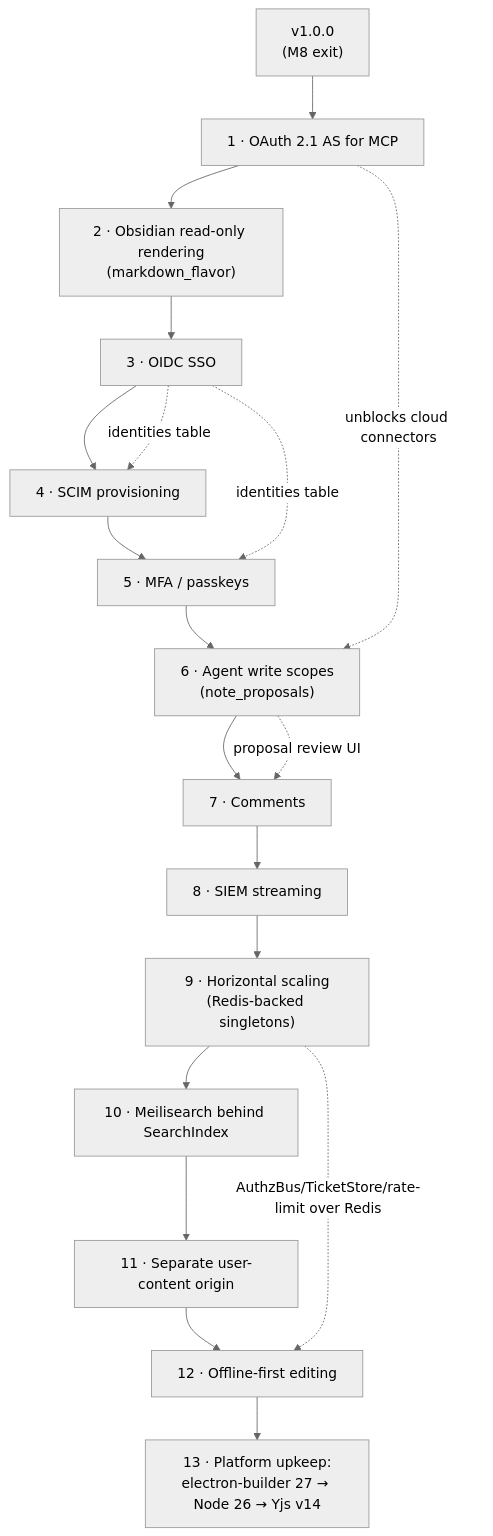
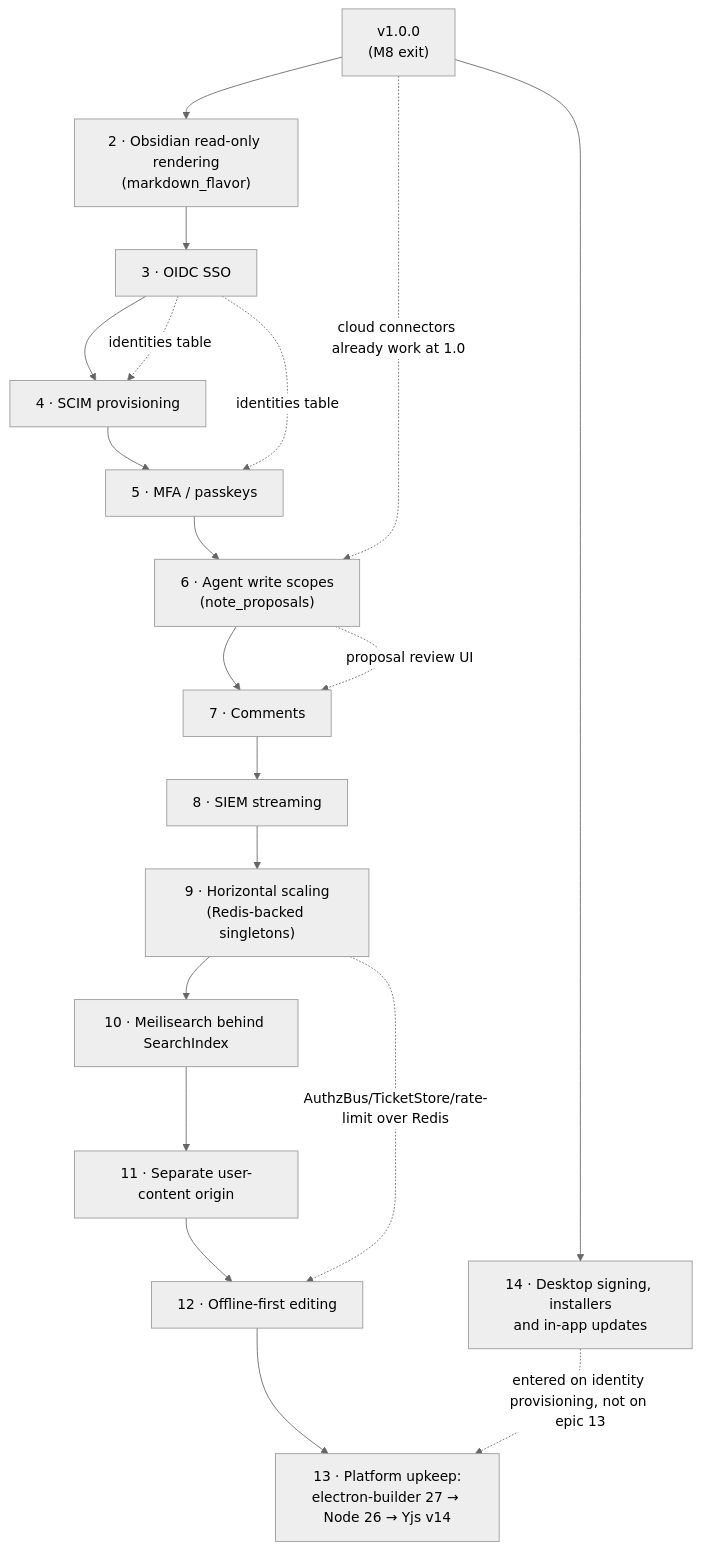
One commit to Mythikos/iridium changed the second of 2 diagrams in docs/plan/12-milestones.md. Above: the diagram before and after it, drawn with Mermaid (neutral theme). The commit also changed other lines of this file and 15 other files, not shown here.

````diff
--- a/docs/plan/12-milestones.md
+++ b/docs/plan/12-milestones.md
@@ -1089,24 +1168,26 @@
 ```mermaid
 flowchart TD
   V1["v1.0.0<br/>(M8 exit)"]
-  OAUTH["1 · OAuth 2.1 AS for MCP"]
   FLAVOR["2 · Obsidian read-only rendering<br/>(markdown_flavor)"]
   SSO["3 · OIDC SSO"]
   SCIM["4 · SCIM provisioning"]
   MFA["5 · MFA / passkeys"]
   WRITE["6 · Agent write scopes<br/>(note_proposals)"]
   COMMENTS["7 · Comments"]
   SIEM["8 · SIEM streaming"]
   SCALE["9 · Horizontal scaling<br/>(Redis-backed singletons)"]
   SEARCH["10 · Meilisearch behind SearchIndex"]
   ORIGIN["11 · Separate user-content origin"]
   OFFLINE["12 · Offline-first editing"]
   UPKEEP["13 · Platform upkeep:<br/>electron-builder 27 → Node 26 → Yjs v14"]
+  SIGN["14 · Desktop signing, installers<br/>and in-app updates"]
 
-  V1 --> OAUTH --> FLAVOR --> SSO --> SCIM --> MFA --> WRITE --> COMMENTS --> SIEM --> SCALE --> SEARCH --> ORIGIN --> OFFLINE --> UPKEEP
-  OAUTH -. "unblocks cloud connectors" .-> WRITE
+  V1 --> FLAVOR --> SSO --> SCIM --> MFA --> WRITE --> COMMENTS --> SIEM --> SCALE --> SEARCH --> ORIGIN --> OFFLINE --> UPKEEP
+  V1 --> SIGN
+  SIGN -. "entered on identity provisioning, not on epic 13" .-> UPKEEP
+  V1 -. "cloud connectors already work at 1.0" .-> WRITE
   SSO -. "identities table" .-> SCIM
   SSO -. "identities table" .-> MFA
   SCALE -. "AuthzBus/TicketStore/rate-limit over Redis" .-> OFFLINE
   WRITE -. "proposal review UI" .-> COMMENTS
 ```
````
